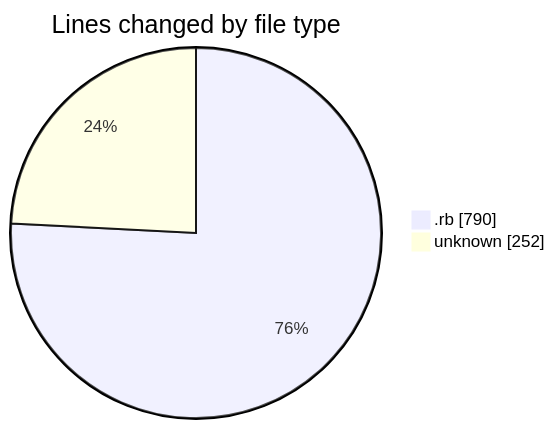
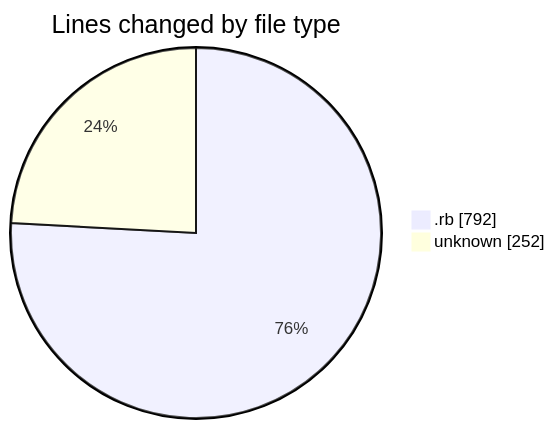
The first of 2 diagrams in 2025-06-19/app__container_registration-app__calm-app__/README.md (seballot/code-tracking), drawn with Mermaid before and after one commit. The commit also changed other lines of this file and 1 other file, not shown here.

````diff
--- a/2025-06-19/app__container_registration-app__calm-app__/README.md
+++ b/2025-06-19/app__container_registration-app__calm-app__/README.md
@@ -22,6 +22,6 @@
 ```mermaid
 pie showData
 title Lines changed by file type
-".rb" : 790
+".rb" : 792
 "unknown" : 252
 ```
````
